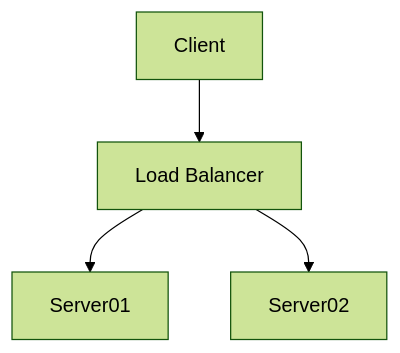
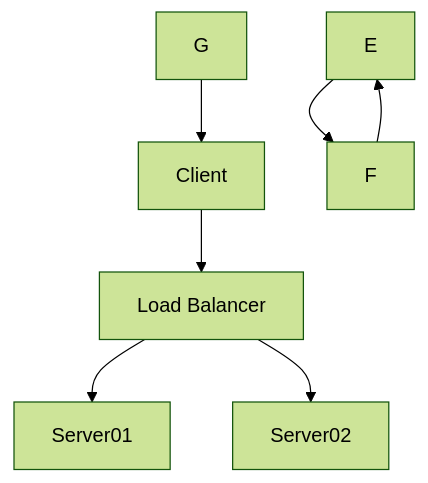
One commit to RMWinslow/macronotes changed the first of 3 diagrams in README.md. Above: the diagram before and after it, drawn with Mermaid (forest theme).

```diff
--- a/README.md
+++ b/README.md
@@ -4,6 +4,9 @@
 <div class="mermaid">
     graph TD
     A[Client] --> B[Load Balancer]
     B --> C[Server01]
     B --> D[Server02]
+    E --> F
+    F --> E
+    G --> A
 </div>
```
